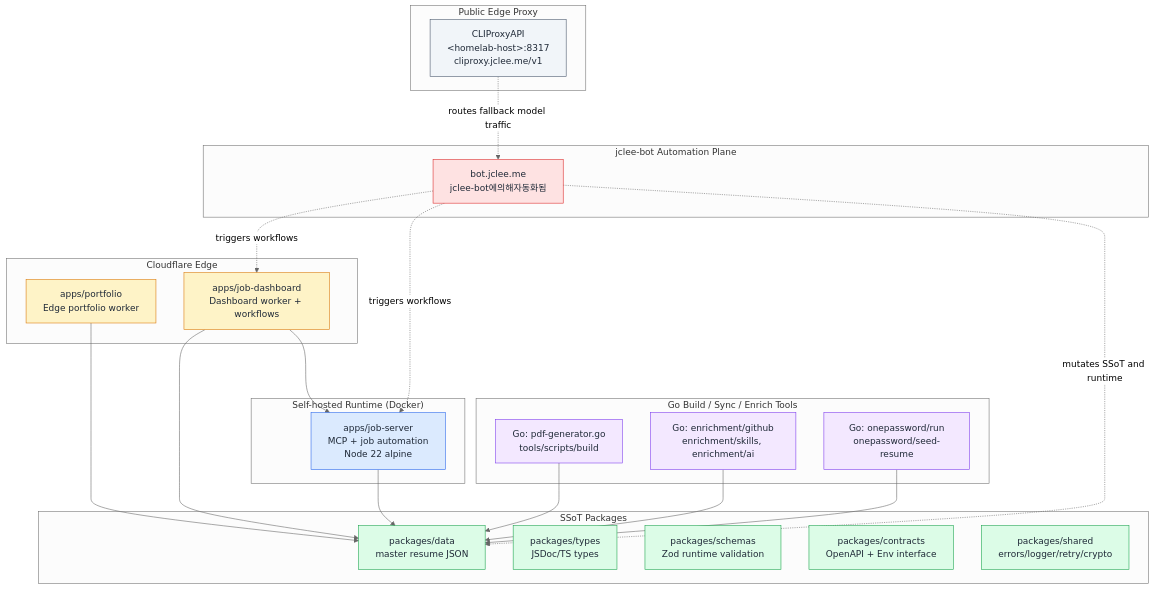
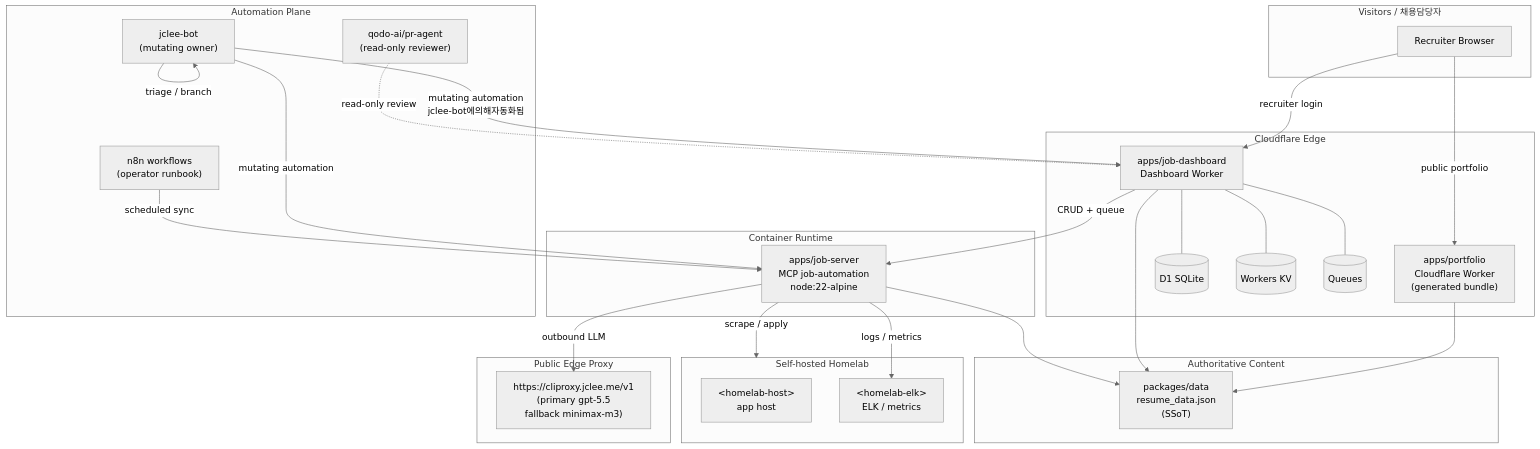
One commit to jclee941/resume changed the diagram in README.md. Above: the diagram before and after it, drawn with Mermaid (neutral theme). The commit also changed other lines of this file, not shown here.

````diff
--- a/README.md
+++ b/README.md
@@ -87,58 +87,55 @@
 ```mermaid
 flowchart TB
-    classDef edge fill:#fef3c7,stroke:#d97706,color:#1f2937
-    classDef runtime fill:#dbeafe,stroke:#2563eb,color:#1f2937
-    classDef ssot fill:#dcfce7,stroke:#16a34a,color:#1f2937
-    classDef tools fill:#f3e8ff,stroke:#7c3aed,color:#1f2937
-    classDef bot fill:#fee2e2,stroke:#dc2626,color:#1f2937
-    classDef proxy fill:#f1f5f9,stroke:#475569,color:#1f2937
+    subgraph Visitors["Visitors / 채용담당자"]
+        U["Recruiter Browser"]
+    end
 
     subgraph Edge["Cloudflare Edge"]
-        Worker["apps/portfolio<br/>Edge portfolio worker"]
-        Dashboard["apps/job-dashboard<br/>Dashboard worker + workflows"]
+        CF["apps/portfolio<br/>Cloudflare Worker<br/>(generated bundle)"]
+        JD["apps/job-dashboard<br/>Dashboard Worker"]
+        D1[("D1 SQLite")]
+        KV[("Workers KV")]
+        Q[("Queues")]
     end
-    class Worker,Dashboard edge
 
-    subgraph Runtime["Self-hosted Runtime (Docker)"]
-        JobServer["apps/job-server<br/>MCP + job automation<br/>Node 22 alpine"]
+    subgraph Runtime["Container Runtime"]
+        JS["apps/job-server<br/>MCP job-automation<br/>node:22-alpine"]
     end
-    class JobServer runtime
 
-    subgraph SSOT["SSoT Packages"]
-        DataPkg["packages/data<br/>master resume JSON"]
-        Types["packages/types<br/>JSDoc/TS types"]
-        Schemas["packages/schemas<br/>Zod runtime validation"]
-        Contracts["packages/contracts<br/>OpenAPI + Env interface"]
-        Shared["packages/shared<br/>errors/logger/retry/crypto"]
+    subgraph SSoT["Authoritative Content"]
+        DATA["packages/data<br/>resume_data.json<br/>(SSoT)"]
     end
-    class DataPkg,Types,Schemas,Contracts,Shared ssot
 
-    subgraph Toolchain["Go Build / Sync / Enrich Tools"]
-        GoSync["Go: pdf-generator.go<br/>tools/scripts/build"]
-        GoEnrich["Go: enrichment/github<br/>enrichment/skills, enrichment/ai"]
-        GoOp["Go: onepassword/run<br/>onepassword/seed-resume"]
+    subgraph Proxy["Public Edge Proxy"]
+        CP["https://cliproxy.jclee.me/v1<br/>(primary gpt-5.5<br/>fallback minimax-m3)"]
     end
-    class GoSync,GoEnrich,GoOp tools
 
-    subgraph BotPlane["jclee-bot Automation Plane"]
-        BotCore["bot.jclee.me<br/>jclee-bot에의해자동화됨"]
+    subgraph Homelab["Self-hosted Homelab"]
+        HOST["&lt;homelab-host&gt;<br/>app host"]
+        ELK["&lt;homelab-elk&gt;<br/>ELK / metrics"]
     end
-    class BotCore bot
 
-    subgraph ProxyPlane["Public Edge Proxy"]
-        CLIProxy["CLIProxyAPI<br/>&lt;homelab-host&gt;:8317<br/>cliproxy.jclee.me/v1"]
+    subgraph BotPlane["Automation Plane"]
+        BOT["jclee-bot<br/>(mutating owner)"]
+        N8N["n8n workflows<br/>(operator runbook)"]
+        PRA["qodo-ai/pr-agent<br/>(read-only reviewer)"]
     end
-    class CLIProxy proxy
 
-    Worker --> DataPkg
-    Dashboard --> DataPkg
-    Dashboard --> JobServer
-    JobServer --> DataPkg
-    GoSync --> DataPkg
-    GoEnrich --> DataPkg
-    GoOp --> DataPkg
-    BotCore -. mutates SSoT and runtime .-> DataPkg
-    BotCore -. triggers workflows .-> JobServer
-    BotCore -. triggers workflows .-> Dashboard
-    CLIProxy -. routes fallback model traffic .-> BotCore
+    U -->|"public portfolio"| CF
+    U -->|"recruiter login"| JD
+    JD -->|"CRUD + queue"| JS
+    JD --- D1
+    JD --- KV
+    JD --- Q
+    CF --> DATA
+    JD --> DATA
+    JS --> DATA
+    JS -->|"scrape / apply"| Homelab
+    JS -->|"outbound LLM"| CP
+    JS -->|"logs / metrics"| ELK
+    BOT -->|"mutating automation<br/>jclee-bot에의해자동화됨"| JD
+    BOT -->|"mutating automation"| JS
+    BOT -->|"triage / branch"| BOT
+    N8N -->|"scheduled sync"| JS
+    PRA -.->|"read-only review"| JD
 ```
````
